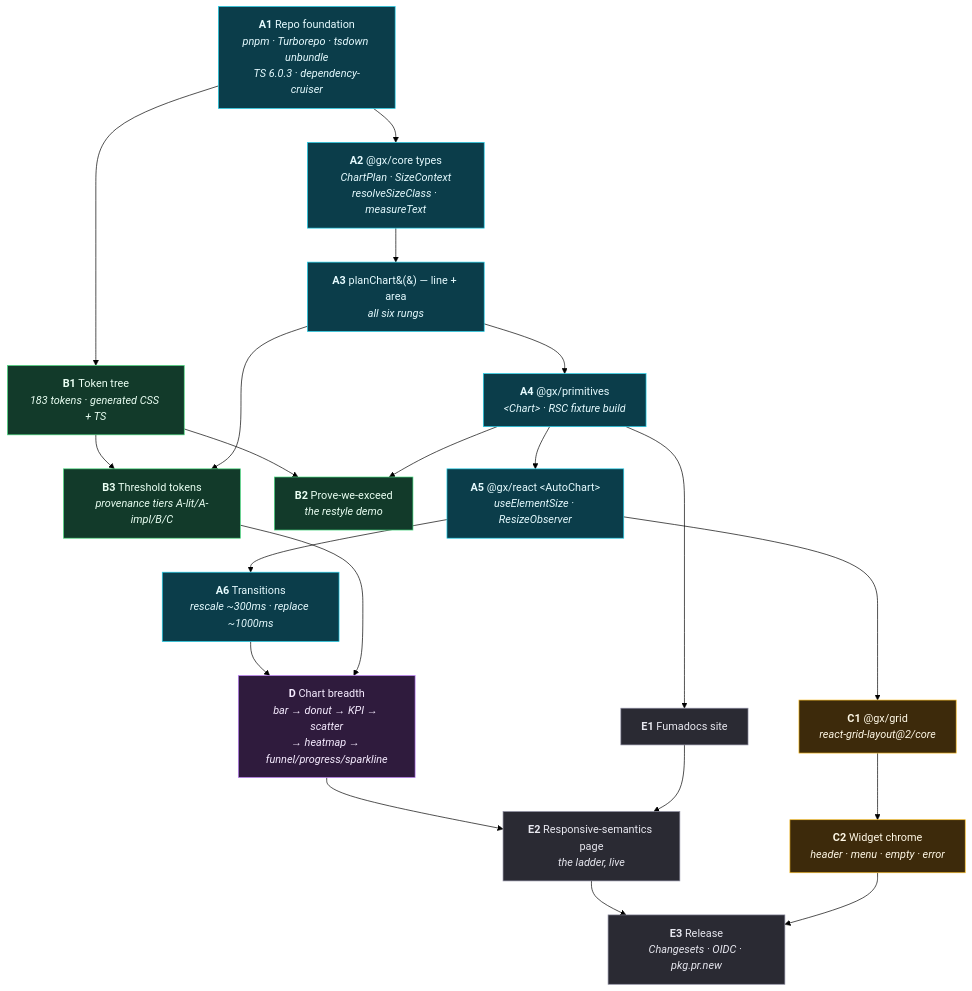
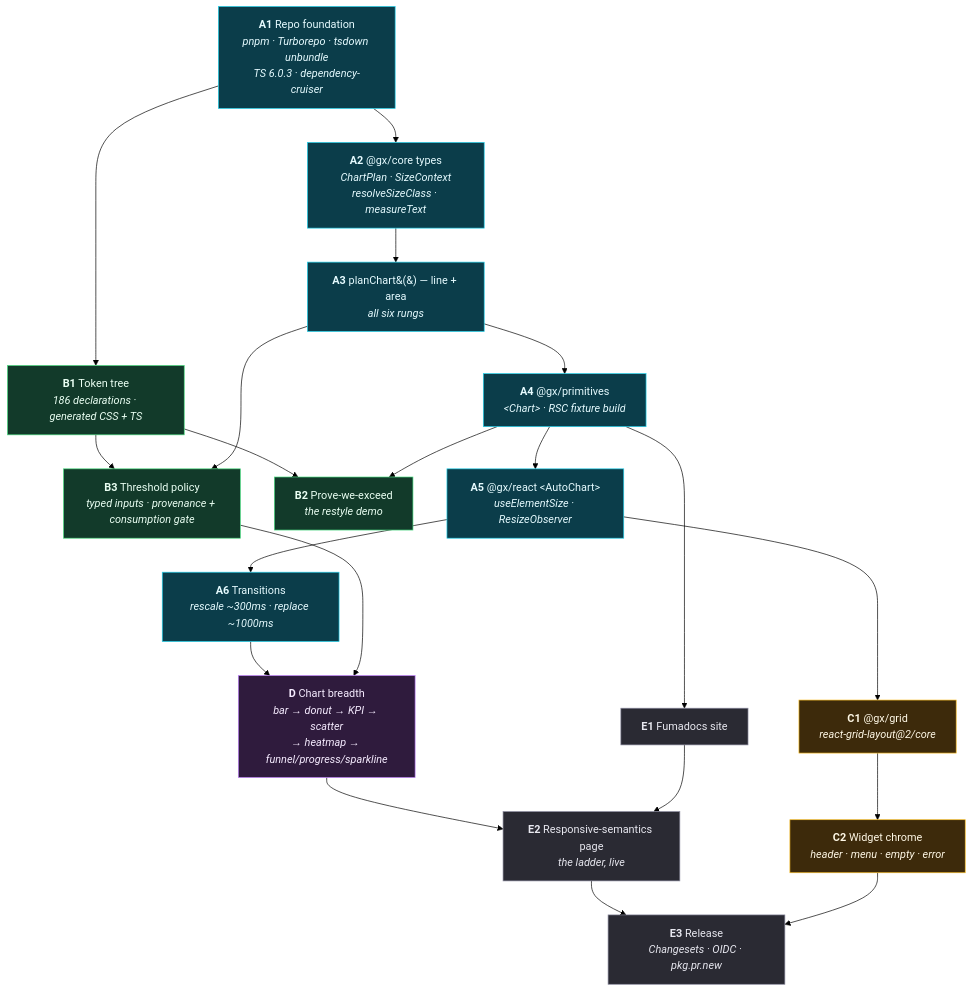
Before and after one commit to DeshpandeBoy/Defence-Charts: the first of 3 diagrams in research/maps/02-implementation-flow.md, drawn with Mermaid (forest theme). The commit also changed other lines of this file and 50 other files, not shown here.

First line of the commit message:
feat: Update token flow and CI gate maps; enhance policy threshold checks

````diff
--- a/research/maps/02-implementation-flow.md
+++ b/research/maps/02-implementation-flow.md
@@ -10,45 +10,45 @@
 ```mermaid
 flowchart TD
     A1["<b>A1</b> Repo foundation<br/><i>pnpm · Turborepo · tsdown unbundle<br/>TS 6.0.3 · dependency-cruiser</i>"]
     A2["<b>A2</b> @gx/core types<br/><i>ChartPlan · SizeContext<br/>resolveSizeClass · measureText</i>"]
     A3["<b>A3</b> planChart&#40;&#41; — line + area<br/><i>all six rungs</i>"]
     A4["<b>A4</b> @gx/primitives<br/><i>&lt;Chart&gt; · RSC fixture build</i>"]
     A5["<b>A5</b> @gx/react &lt;AutoChart&gt;<br/><i>useElementSize · ResizeObserver</i>"]
     A6["<b>A6</b> Transitions<br/><i>rescale ~300ms · replace ~1000ms</i>"]
 
-    B1["<b>B1</b> Token tree<br/><i>183 tokens · generated CSS + TS</i>"]
+    B1["<b>B1</b> Token tree<br/><i>186 declarations · generated CSS + TS</i>"]
     B2["<b>B2</b> Prove-we-exceed<br/><i>the restyle demo</i>"]
-    B3["<b>B3</b> Threshold tokens<br/><i>provenance tiers A-lit/A-impl/B/C</i>"]
+    B3["<b>B3</b> Threshold policy<br/><i>typed inputs · provenance + consumption gate</i>"]
 
     C1["<b>C1</b> @gx/grid<br/><i>react-grid-layout@2/core</i>"]
     C2["<b>C2</b> Widget chrome<br/><i>header · menu · empty · error</i>"]
 
     D["<b>D</b> Chart breadth<br/><i>bar → donut → KPI → scatter<br/>→ heatmap → funnel/progress/sparkline</i>"]
 
     E1["<b>E1</b> Fumadocs site"]
     E2["<b>E2</b> Responsive-semantics page<br/><i>the ladder, live</i>"]
     E3["<b>E3</b> Release<br/><i>Changesets · OIDC · pkg.pr.new</i>"]
 
     A1 --> A2 --> A3 --> A4 --> A5 --> A6
     A1 --> B1 --> B3
     B1 --> B2
     A4 --> B2
     A3 --> B3
     A5 --> C1 --> C2
     A6 --> D
     B3 --> D
     D --> E2
     A4 --> E1 --> E2 --> E3
     C2 --> E3
 
     classDef a fill:#0b3d4a,stroke:#22d3ee,color:#e6fbff
     classDef b fill:#123a2a,stroke:#4ade80,color:#eafff3
     classDef c fill:#3d2a0b,stroke:#fbbf24,color:#fff8e6
     classDef d fill:#2f1b3d,stroke:#c084fc,color:#f6ecff
     classDef e fill:#2a2a33,stroke:#8b8b9e,color:#e8e8f0
     class A1,A2,A3,A4,A5,A6 a
     class B1,B2,B3 b
     class C1,C2 c
     class D d
     class E1,E2,E3 e
 ```
````
